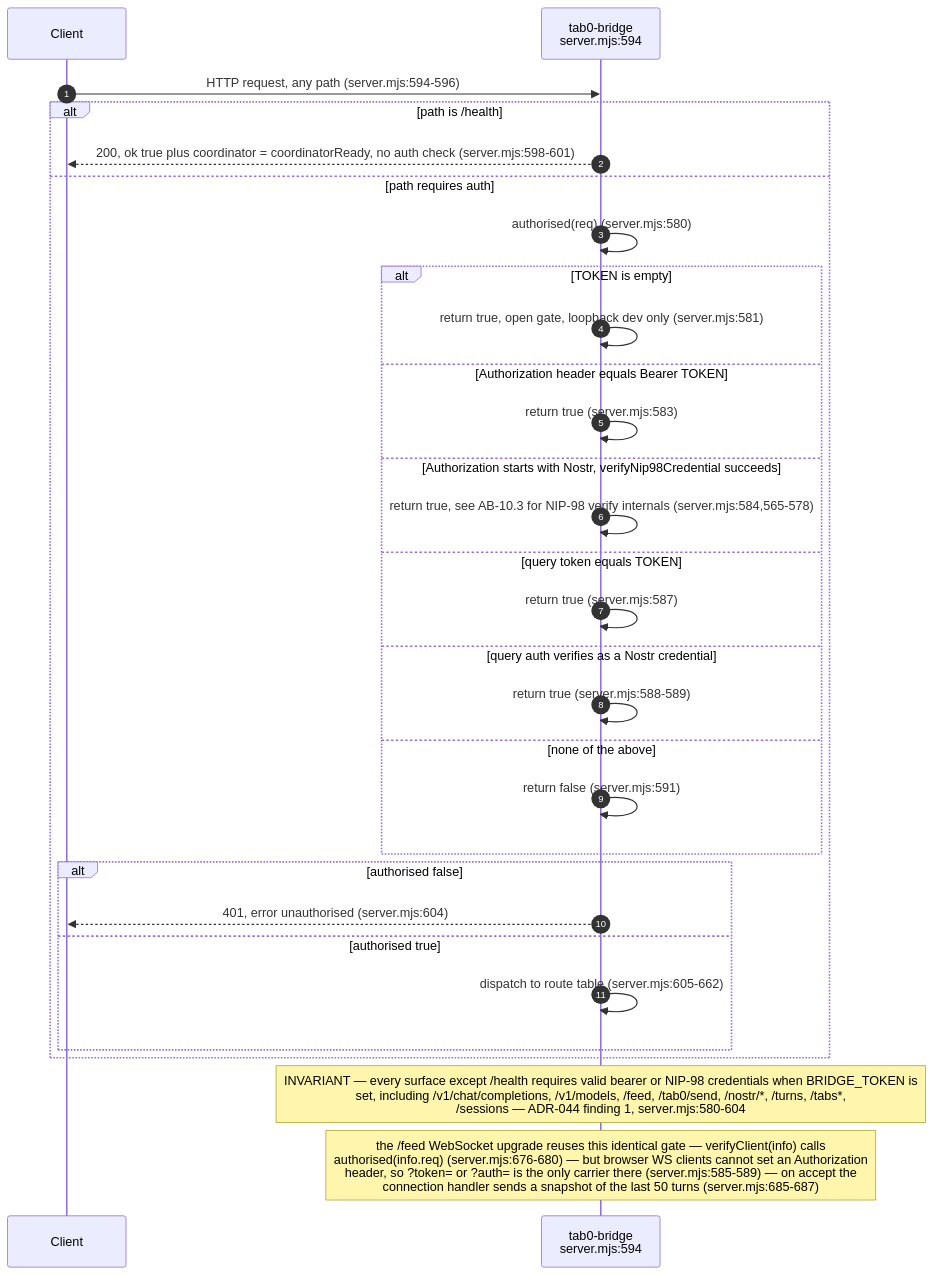
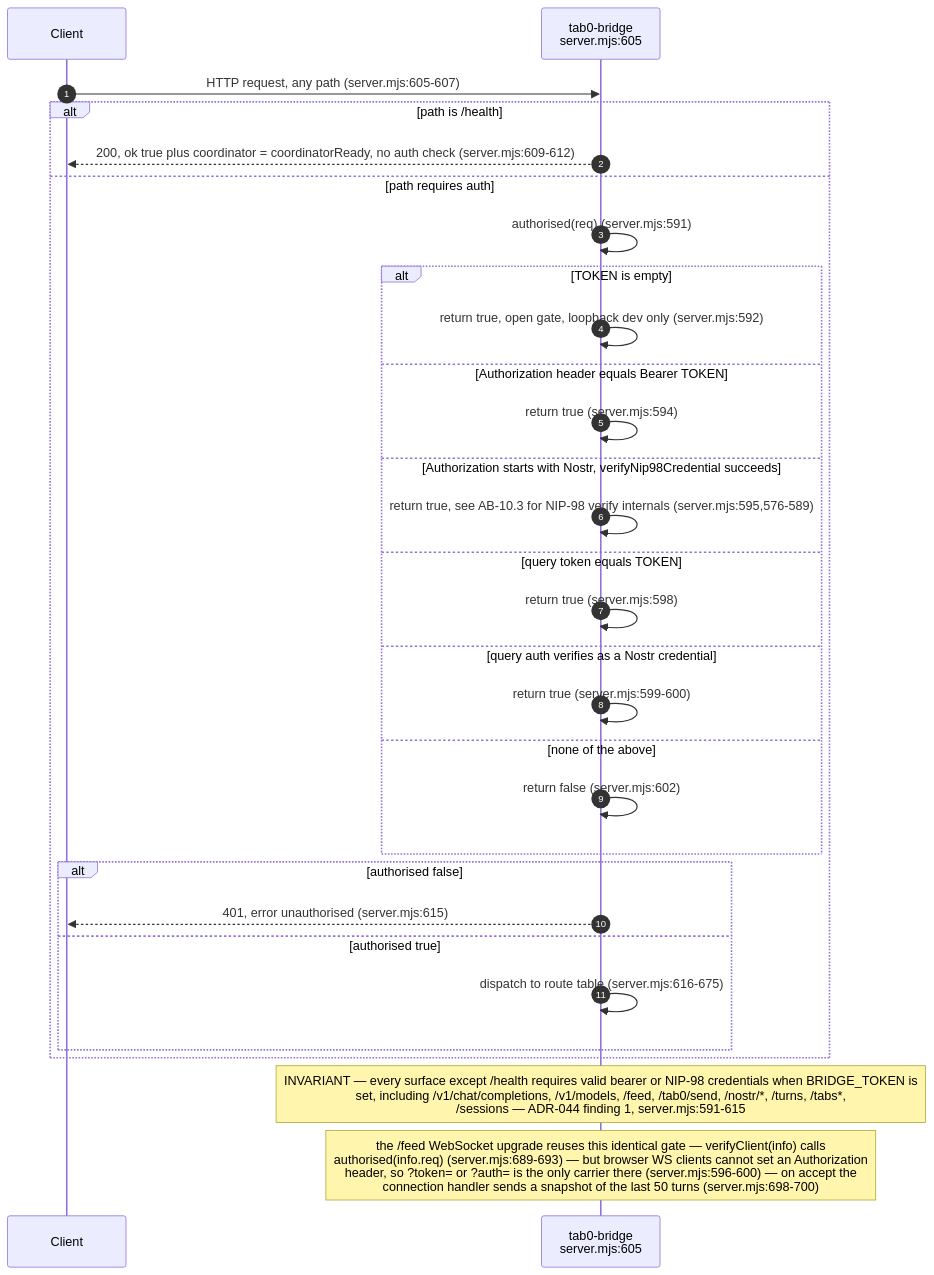
One commit to DreamLab-AI/VisionFlow changed the second of 12 diagrams in docs/diagrams/agentbox/12-tab0-bridge-and-interaction-plane.md. Above: the diagram before and after it, drawn with Mermaid. The commit also changed other lines of this file and 8 other files, not shown here.

First line of the commit message:
docs(diagrams): re-verify the NIP-98 proxy topics and the custody counts at agentbox 0693c761c (VF-DIAGRAM-NIP98-DRIFT)

````diff
--- a/docs/diagrams/agentbox/12-tab0-bridge-and-interaction-plane.md
+++ b/docs/diagrams/agentbox/12-tab0-bridge-and-interaction-plane.md
@@ -97,33 +97,33 @@
 ```mermaid
 sequenceDiagram
     autonumber
     participant C as Client
-    participant B as tab0-bridge<br/>server.mjs:594
+    participant B as tab0-bridge<br/>server.mjs:605
 
-    C->>B: HTTP request, any path (server.mjs:594-596)
+    C->>B: HTTP request, any path (server.mjs:605-607)
     alt path is /health
-        B-->>C: 200, ok true plus coordinator = coordinatorReady, no auth check (server.mjs:598-601)
+        B-->>C: 200, ok true plus coordinator = coordinatorReady, no auth check (server.mjs:609-612)
     else path requires auth
-        B->>B: authorised(req) (server.mjs:580)
+        B->>B: authorised(req) (server.mjs:591)
         alt TOKEN is empty
-            B->>B: return true, open gate, loopback dev only (server.mjs:581)
+            B->>B: return true, open gate, loopback dev only (server.mjs:592)
         else Authorization header equals Bearer TOKEN
-            B->>B: return true (server.mjs:583)
+            B->>B: return true (server.mjs:594)
         else Authorization starts with Nostr, verifyNip98Credential succeeds
-            B->>B: return true, see AB-10.3 for NIP-98 verify internals (server.mjs:584,565-578)
+            B->>B: return true, see AB-10.3 for NIP-98 verify internals (server.mjs:595,576-589)
         else query token equals TOKEN
-            B->>B: return true (server.mjs:587)
+            B->>B: return true (server.mjs:598)
         else query auth verifies as a Nostr credential
-            B->>B: return true (server.mjs:588-589)
+            B->>B: return true (server.mjs:599-600)
         else none of the above
-            B->>B: return false (server.mjs:591)
+            B->>B: return false (server.mjs:602)
         end
         alt authorised false
-            B-->>C: 401, error unauthorised (server.mjs:604)
+            B-->>C: 401, error unauthorised (server.mjs:615)
         else authorised true
-            B->>B: dispatch to route table (server.mjs:605-662)
+            B->>B: dispatch to route table (server.mjs:616-675)
         end
     end
-Note over B: INVARIANT — every surface except /health requires valid bearer or NIP-98 credentials when BRIDGE_TOKEN is<br/>set, including /v1/chat/completions, /v1/models, /feed, /tab0/send, /nostr/*, /turns, /tabs*,<br/>/sessions — ADR-044 finding 1, server.mjs:580-604
-Note over B: the /feed WebSocket upgrade reuses this identical gate — verifyClient(info) calls<br/>authorised(info.req) (server.mjs:676-680) — but browser WS clients cannot set an Authorization<br/>header, so ?token= or ?auth= is the only carrier there (server.mjs:585-589) — on accept the<br/>connection handler sends a snapshot of the last 50 turns (server.mjs:685-687)
+Note over B: INVARIANT — every surface except /health requires valid bearer or NIP-98 credentials when BRIDGE_TOKEN is<br/>set, including /v1/chat/completions, /v1/models, /feed, /tab0/send, /nostr/*, /turns, /tabs*,<br/>/sessions — ADR-044 finding 1, server.mjs:591-615
+Note over B: the /feed WebSocket upgrade reuses this identical gate — verifyClient(info) calls<br/>authorised(info.req) (server.mjs:689-693) — but browser WS clients cannot set an Authorization<br/>header, so ?token= or ?auth= is the only carrier there (server.mjs:596-600) — on accept the<br/>connection handler sends a snapshot of the last 50 turns (server.mjs:698-700)
 ```
````
